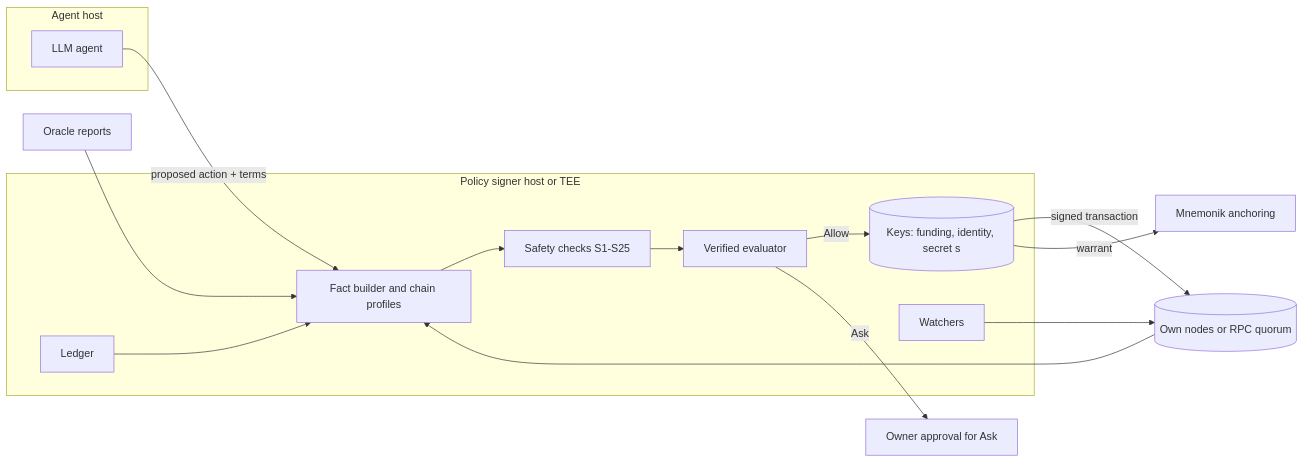
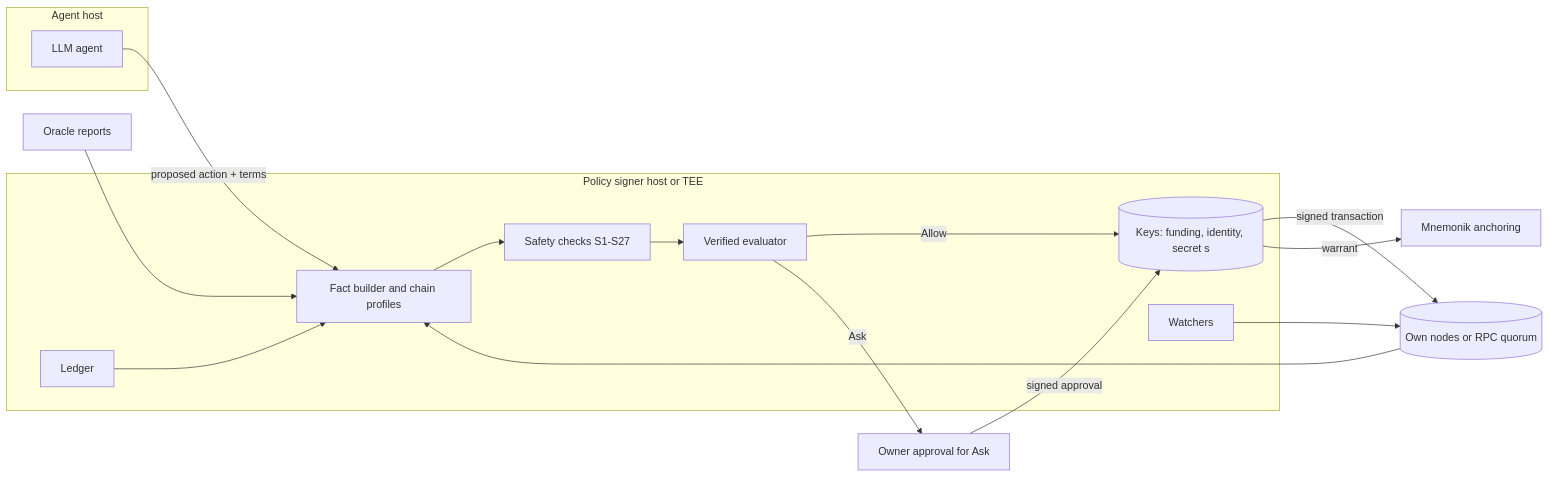
The second of 2 diagrams in swap/spec.md (mnemonik-xyz/warrant), drawn with Mermaid before and after one commit. The commit also changed other lines of this file and 2 other files, not shown here.

````diff
--- a/swap/spec.md
+++ b/swap/spec.md
@@ -683,29 +972,30 @@
 ```mermaid
 flowchart LR
   subgraph Agent host
     L[LLM agent]
   end
   subgraph Policy signer host or TEE
     F[Fact builder and chain profiles]
     E[Verified evaluator]
-    S[Safety checks S1-S25]
+    S[Safety checks S1-S27]
     K[(Keys: funding, identity, secret s)]
     W[Watchers]
     G[Ledger]
   end
   N[(Own nodes or RPC quorum)]
   O[Oracle reports]
   M[Mnemonik anchoring]
   H[Owner approval for Ask]
 
   L -- "proposed action + terms" --> F
   N --> F
   O --> F
   G --> F
   F --> S --> E
   E -- Allow --> K
   E -- Ask --> H
+  H -- "signed approval" --> K
   K -- "signed transaction" --> N
   K -- "warrant" --> M
   W --> N
 ```
````
